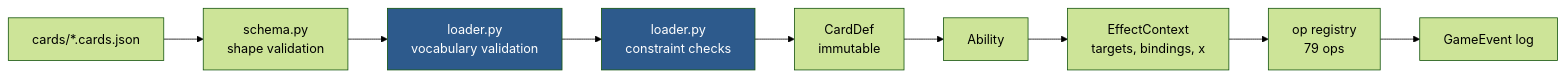
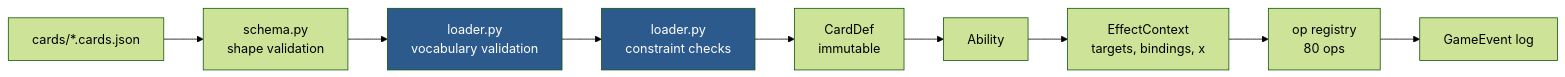
One commit to TylerGauntlett/commander-blitz changed the diagram in docs/card-dsl.md. Above: the diagram before and after it, drawn with Mermaid (forest theme). The commit also changed other lines of this file and 8 other files, not shown here.

````diff
--- a/docs/card-dsl.md
+++ b/docs/card-dsl.md
@@ -6,14 +6,14 @@
 ```mermaid
 flowchart LR
     json["cards/*.cards.json"] --> pydantic["schema.py<br/>shape validation"]
     pydantic --> vocab["loader.py<br/>vocabulary validation"]
     vocab --> constraints["loader.py<br/>constraint checks"]
     constraints --> carddef["CardDef<br/>immutable"]
     carddef --> ability["Ability"]
     ability --> ctx["EffectContext<br/>targets, bindings, x"]
-    ctx --> ops["op registry<br/>79 ops"]
+    ctx --> ops["op registry<br/>80 ops"]
     ops --> events["GameEvent log"]
 
     style vocab fill:#2d5a8c,color:#fff
     style constraints fill:#2d5a8c,color:#fff
 ```
````
